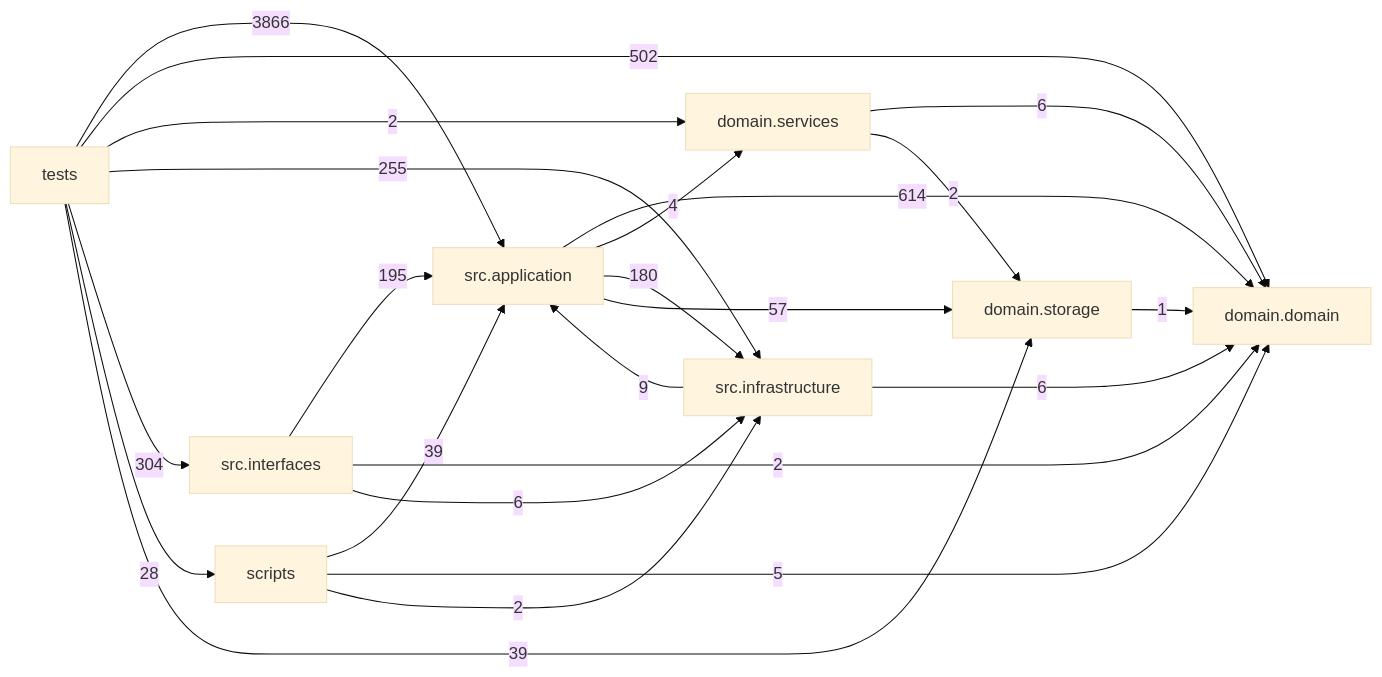
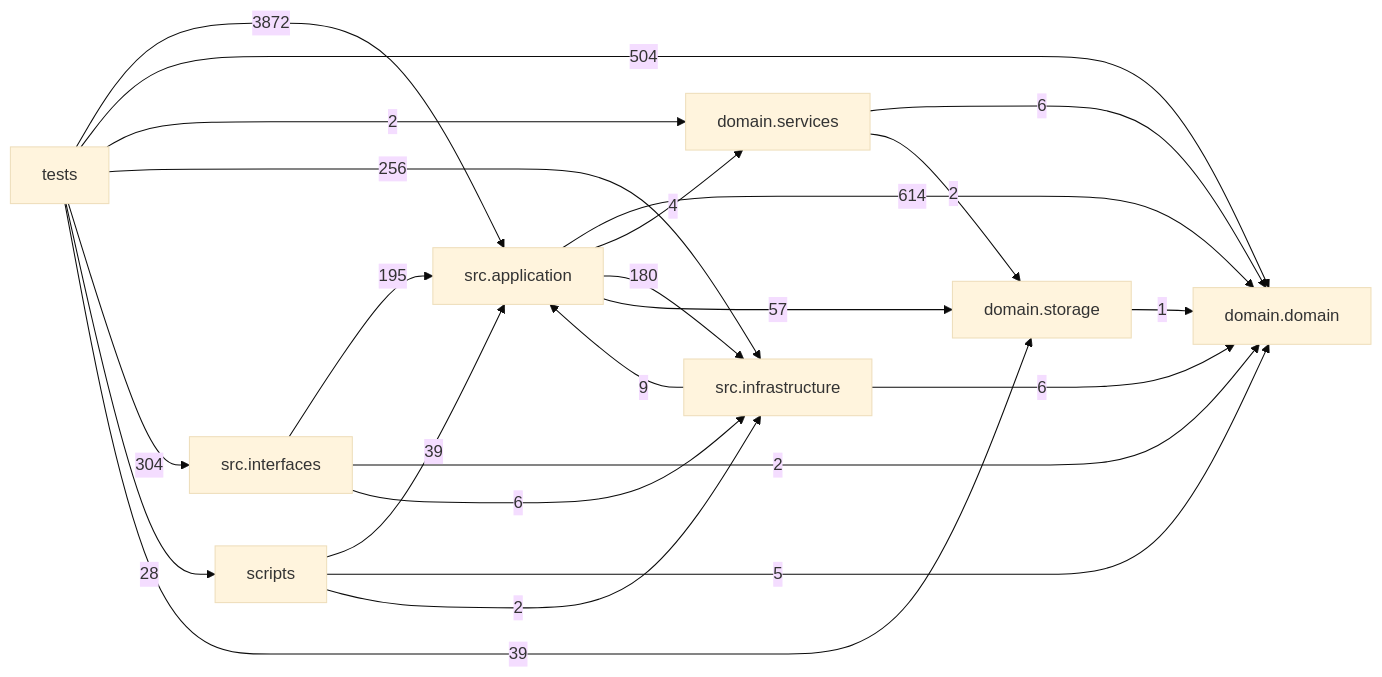
Before and after one commit to liuxie066/options-monitor: the diagram in docs/DEPENDENCY_GRAPH.md, drawn with Mermaid (base theme). The commit also changed other lines of this file and 12 other files, not shown here.

````diff
--- a/docs/DEPENDENCY_GRAPH.md
+++ b/docs/DEPENDENCY_GRAPH.md
@@ -24,33 +24,33 @@
 ```mermaid
 flowchart LR
   tests["tests"]
   scripts["scripts"]
   interfaces["src.interfaces"]
   application["src.application"]
   infrastructure["src.infrastructure"]
   domain_services["domain.services"]
   domain["domain.domain"]
   storage["domain.storage"]
   application -->|614| domain
   application -->|4| domain_services
   application -->|180| infrastructure
   application -->|57| storage
   domain_services -->|6| domain
   domain_services -->|2| storage
   infrastructure -->|9| application
   infrastructure -->|6| domain
   interfaces -->|195| application
   interfaces -->|2| domain
   interfaces -->|6| infrastructure
   scripts -->|39| application
   scripts -->|5| domain
   scripts -->|2| infrastructure
   storage -->|1| domain
-  tests -->|3866| application
-  tests -->|502| domain
+  tests -->|3872| application
+  tests -->|504| domain
   tests -->|2| domain_services
-  tests -->|255| infrastructure
+  tests -->|256| infrastructure
   tests -->|304| interfaces
   tests -->|28| scripts
   tests -->|39| storage
 ```
````
